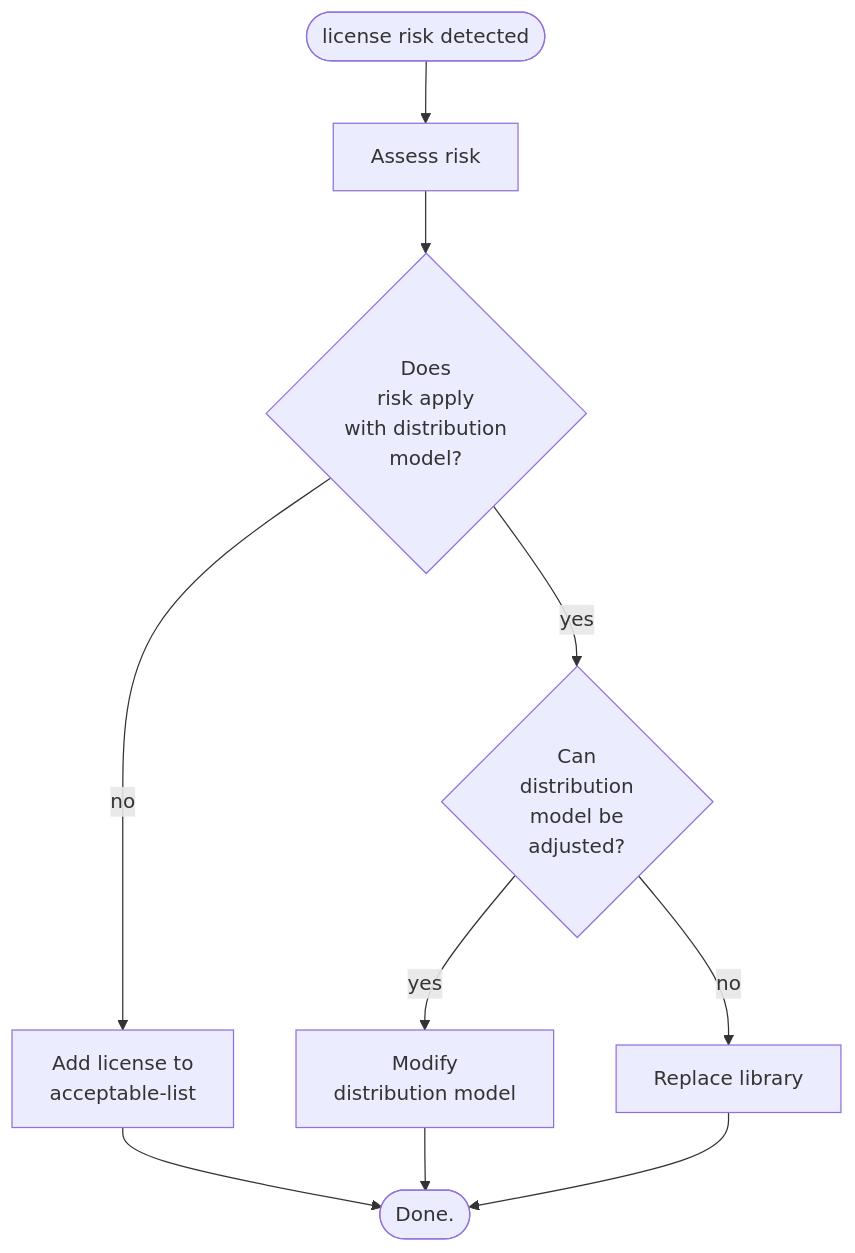
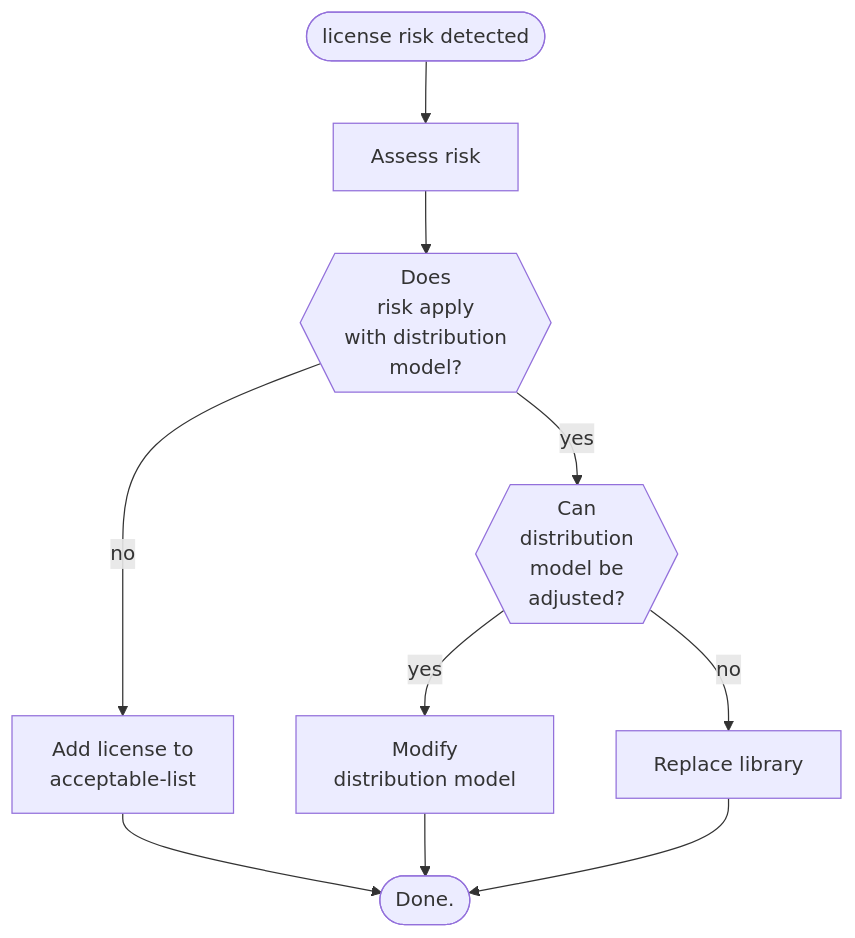
The diagram in docs/workflows/best-practices-osh.md (Software-Improvement-Group/sigridci), drawn with Mermaid before and after one commit.

Commit message:
more space-efficient version

````diff
--- a/docs/workflows/best-practices-osh.md
+++ b/docs/workflows/best-practices-osh.md
@@ -270,9 +270,9 @@
 ```mermaid
 graph TD; 
     Start([license risk detected]) --> A[Assess risk];
-    A --> D{"Does\n risk apply\n with distribution\n model?"};
-    D -- yes --> D_yes{"Can\n distribution\n model be\n adjusted?"};
+    A --> D{{"Does\n risk apply\n with distribution\n model?"}};
+    D -- yes --> D_yes{{"Can\n distribution\n model be\n adjusted?"}};
     D -- no --> D_no["Add license to\n acceptable-list"] --> E(["Done."]);
     D_yes -- yes --> M[Modify\n distribution model] --> E;
     D_yes -- no --> R[Replace library] --> E;
 ```
````
